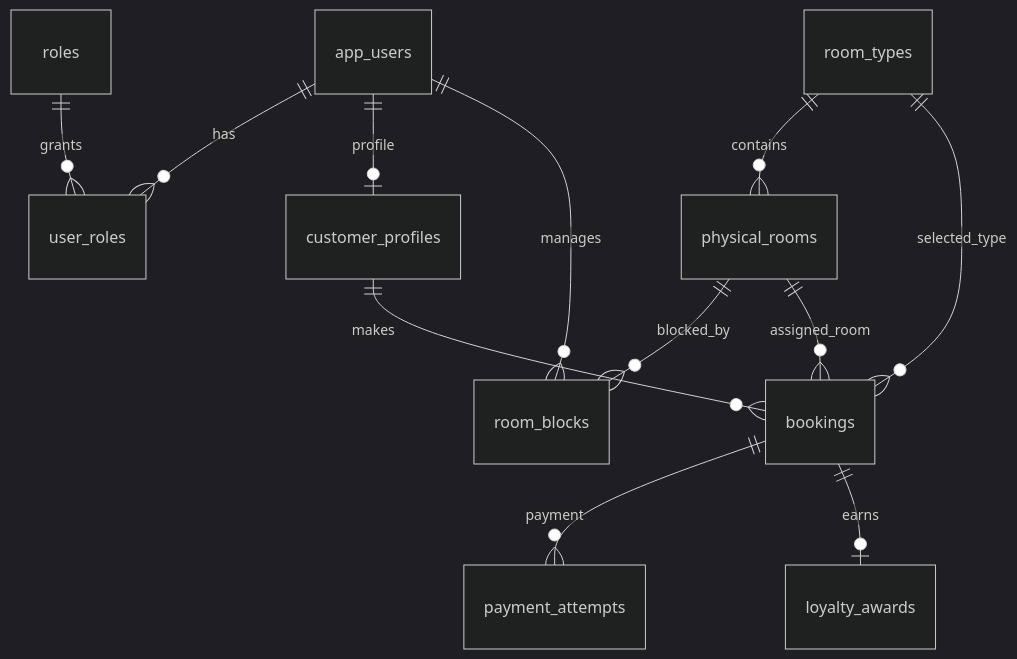
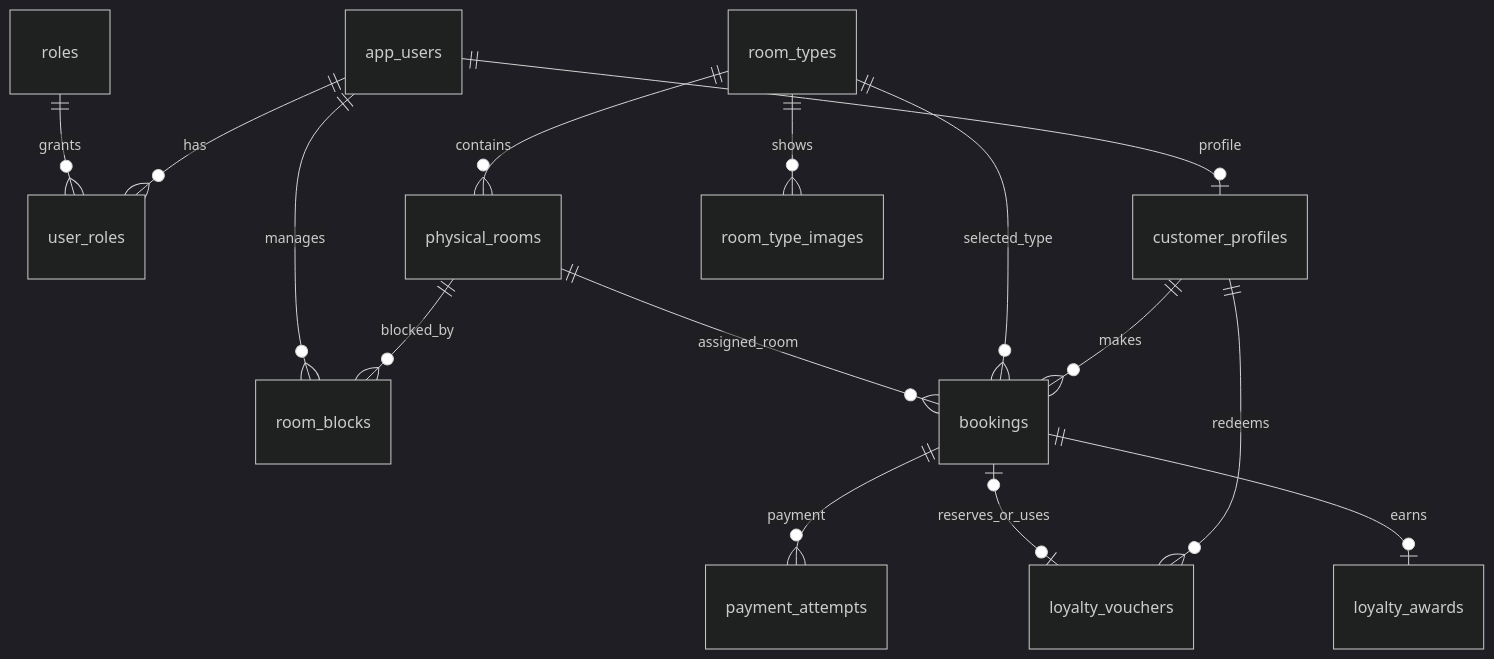
Before and after one commit to BaoLong108/Java03_Prj_HotelManagementSystem: the diagram in docs/database.md, drawn with Mermaid (dark theme). The commit also changed other lines of this file and 91 other files, not shown here.

Commit message:
BaoLong - Complete loyalty vouchers and room management

````diff
--- a/docs/database.md
+++ b/docs/database.md
@@ -7,14 +7,17 @@
 ```mermaid
 erDiagram
     app_users ||--o{ user_roles : has
     roles ||--o{ user_roles : grants
     app_users ||--o| customer_profiles : profile
     room_types ||--o{ physical_rooms : contains
+    room_types ||--o{ room_type_images : shows
     physical_rooms ||--o{ room_blocks : blocked_by
     app_users ||--o{ room_blocks : manages
     customer_profiles ||--o{ bookings : makes
     room_types ||--o{ bookings : selected_type
     physical_rooms ||--o{ bookings : assigned_room
     bookings ||--o{ payment_attempts : payment
     bookings ||--o| loyalty_awards : earns
+    customer_profiles ||--o{ loyalty_vouchers : redeems
+    bookings |o--o| loyalty_vouchers : reserves_or_uses
 ```
````
